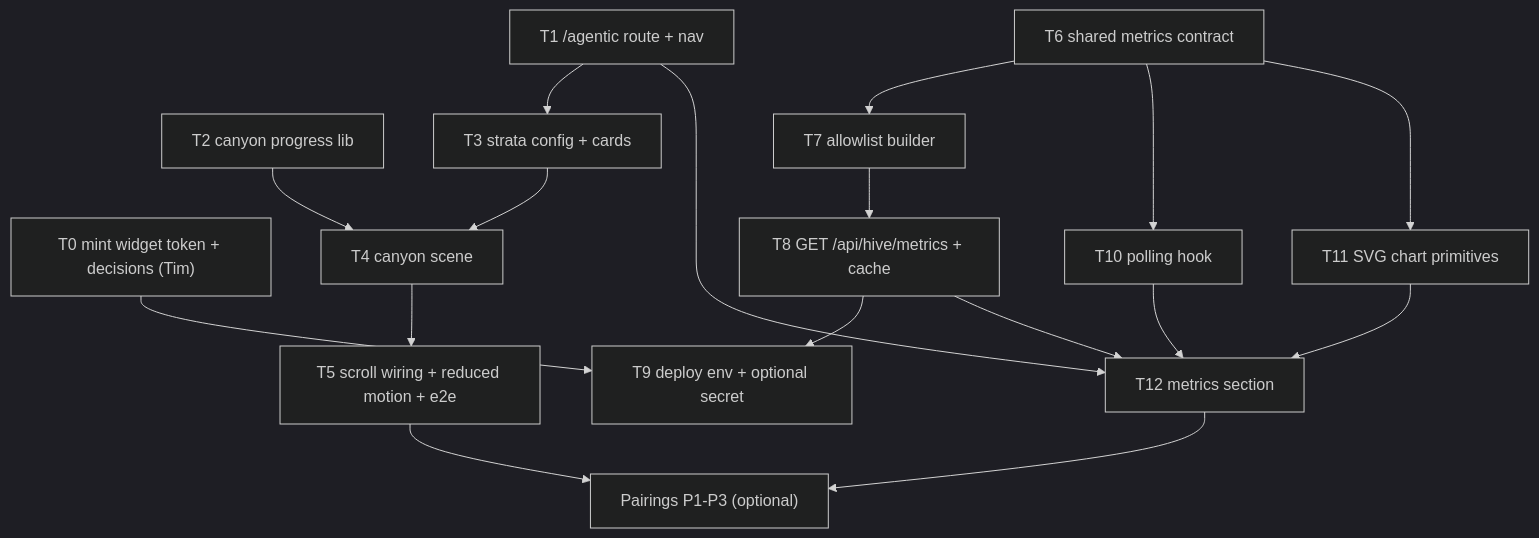
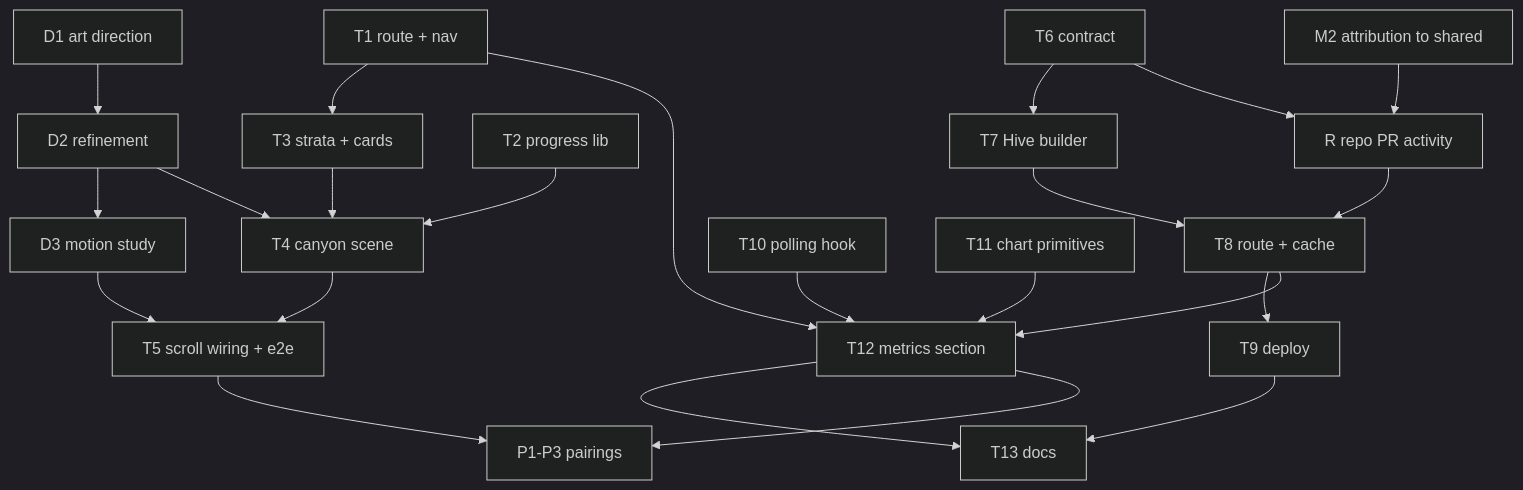
The diagram in docs/superpowers/plans/2026-11-02-agentic-tab.md (Tim-van-Oudheusden/website), drawn with Mermaid (dark theme) before and after one commit. The commit also changed other lines of this file and 4 other files, not shown here.

First line of the commit message:
docs(agentic): record decisions, GitHub-derived PR stats and canyon design rounds (#1046)

````diff
--- a/docs/superpowers/plans/2026-11-02-agentic-tab.md
+++ b/docs/superpowers/plans/2026-11-02-agentic-tab.md
@@ -37,21 +61,24 @@
 ```mermaid
 flowchart TD
-    T0["T0 mint widget token + decisions (Tim)"]
-    T1["T1 /agentic route + nav"]
-    T2["T2 canyon progress lib"] --> T4["T4 canyon scene"]
-    T3["T3 strata config + cards"] --> T4
-    T4 --> T5["T5 scroll wiring + reduced motion + e2e"]
-    T1 --> T3
-    T6["T6 shared metrics contract"] --> T7["T7 allowlist builder"]
-    T7 --> T8["T8 GET /api/hive/metrics + cache"]
-    T8 --> T9["T9 deploy env + optional secret"]
-    T0 --> T9
-    T6 --> T10["T10 polling hook"]
-    T6 --> T11["T11 SVG chart primitives"]
+    T1["T1 route + nav"] --> T3["T3 strata + cards"]
+    D1["D1 art direction"] --> D2["D2 refinement"] --> D3["D3 motion study"]
+    T2["T2 progress lib"] --> T4["T4 canyon scene"]
+    T3 --> T4
+    D2 --> T4
+    T4 --> T5["T5 scroll wiring + e2e"]
+    D3 --> T5
+    T6["T6 contract"] --> T7["T7 Hive builder"]
+    T6 --> R["R repo PR activity"]
+    M2["M2 attribution to shared"] --> R
+    T7 --> T8["T8 route + cache"]
+    R --> T8
+    T8 --> T9["T9 deploy"]
     T1 --> T12["T12 metrics section"]
-    T10 --> T12
-    T11 --> T12
     T8 --> T12
-    T5 --> P["Pairings P1-P3 (optional)"]
+    T10["T10 polling hook"] --> T12
+    T11["T11 chart primitives"] --> T12
+    T9 --> T13["T13 docs"]
+    T12 --> T13
+    T5 --> P["P1-P3 pairings"]
     T12 --> P
 ```
````
